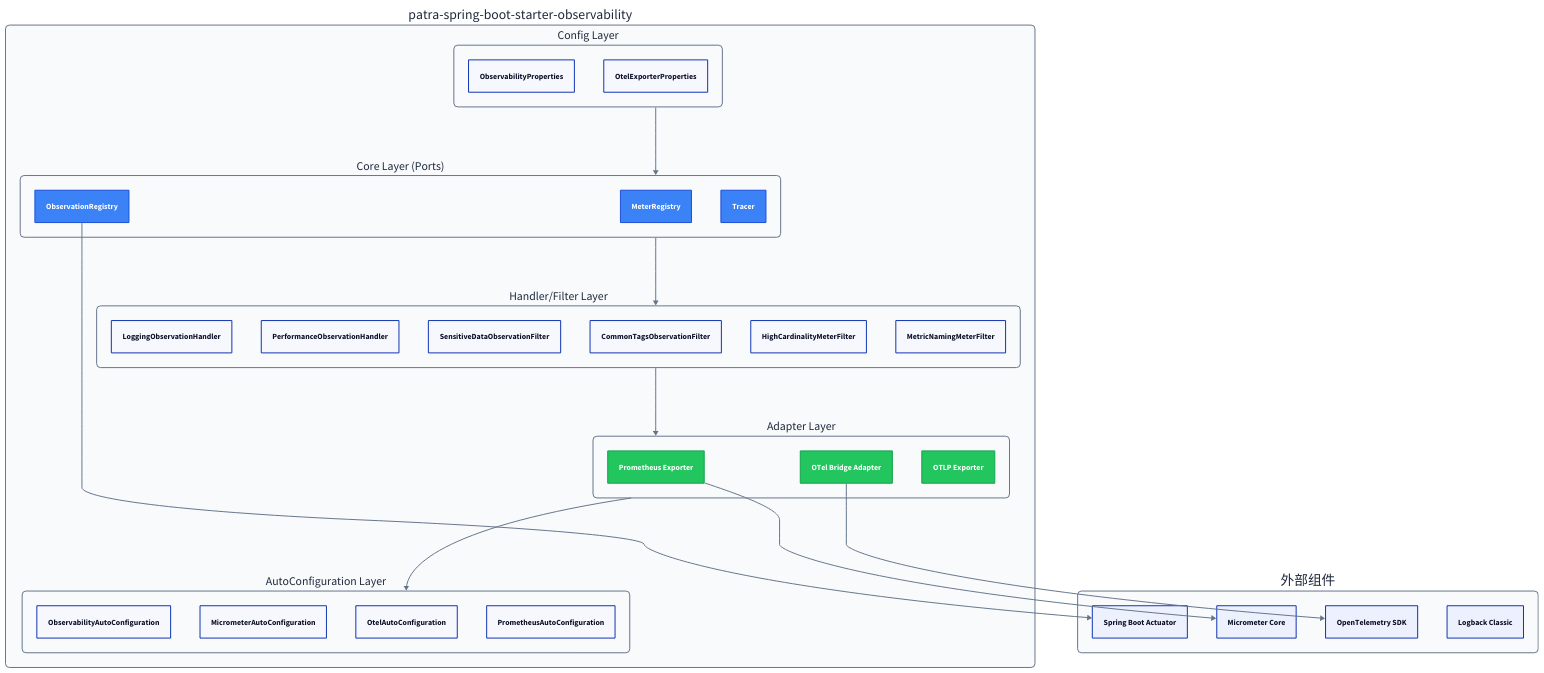
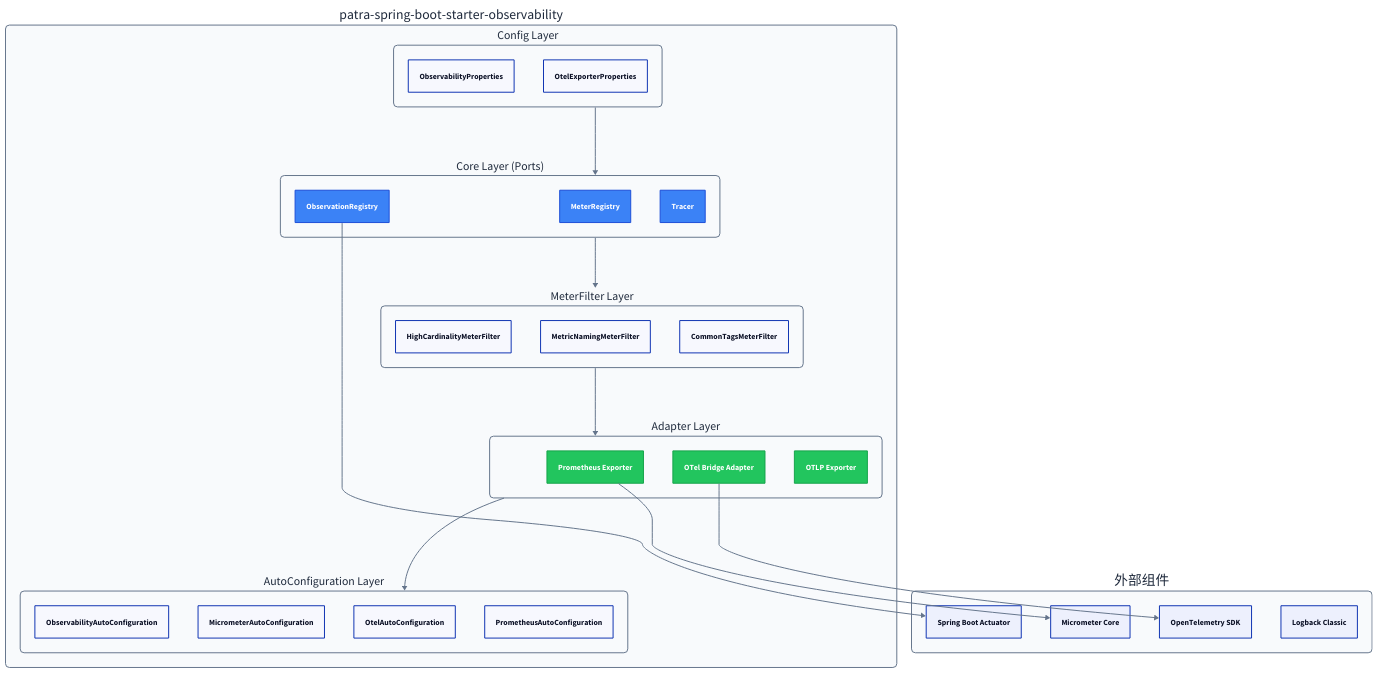
The fifth of 6 diagrams in patra-api/docs/designs/observability/02-architecture.md (linqibin0826/patra), drawn with D2 before and after one commit. The commit also changed other lines of this file and 4 other files, not shown here.

```diff
--- a/patra-api/docs/designs/observability/02-architecture.md
+++ b/patra-api/docs/designs/observability/02-architecture.md
@@ -380,16 +380,13 @@
     tracer: Tracer {class: port}
   }
 
-  # Handler/Filter 层
-  handler: Handler/Filter Layer {
+  # MeterFilter 层（ObservationHandler/Filter 已移除，由 OTel Agent 处理）
+  handler: MeterFilter Layer {
     class: layer
 
-    logging_h: LoggingObservationHandler
-    perf_h: PerformanceObservationHandler
-    sensitive_f: SensitiveDataObservationFilter
-    tags_f: CommonTagsObservationFilter
     cardinality_f: HighCardinalityMeterFilter
     naming_f: MetricNamingMeterFilter
+    tags_f: CommonTagsMeterFilter
   }
 
   # 适配器层（Adapters）
```
